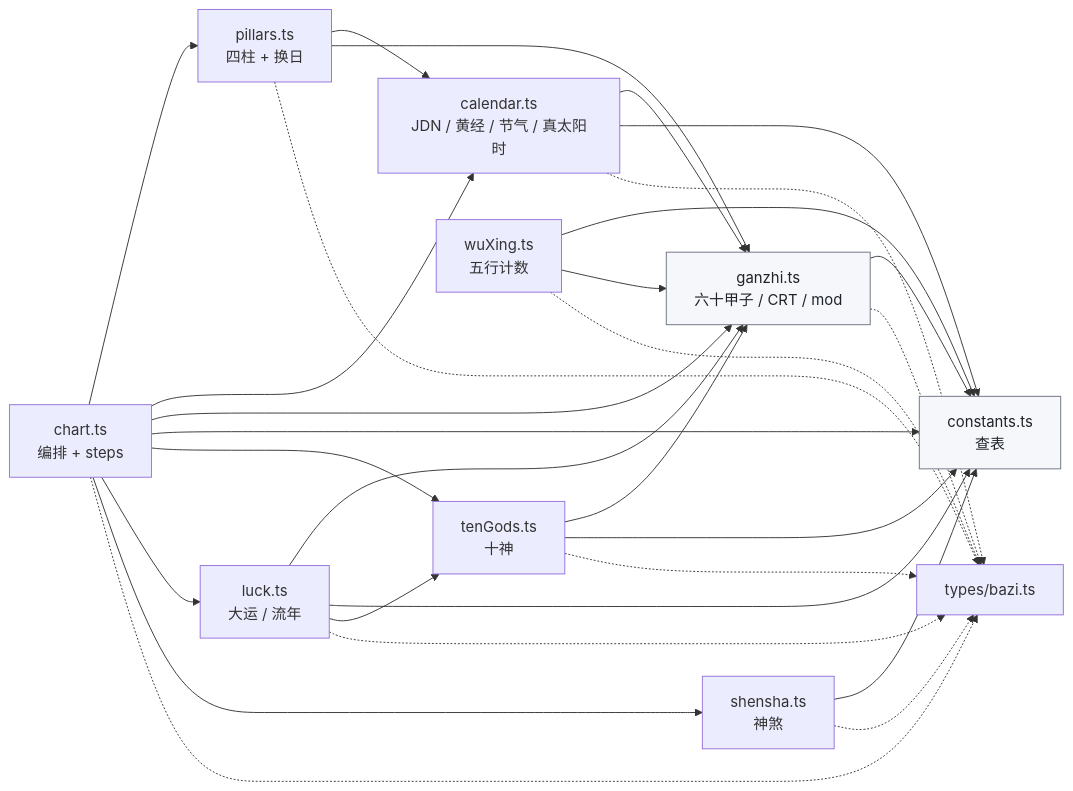
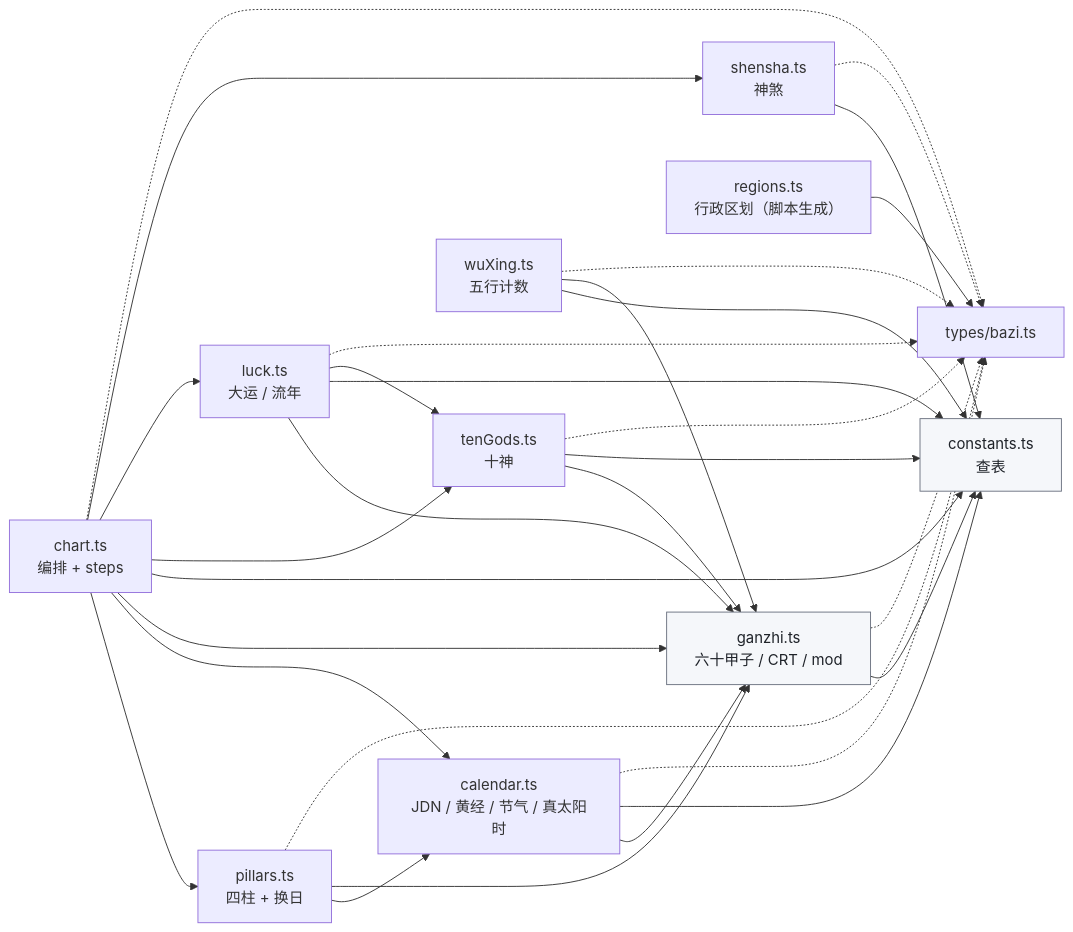
The second of 9 diagrams in doc/bazi-call-graph.md (yunzheyue-star/BaZi), drawn with Mermaid before and after one commit. The commit also changed other lines of this file and 18 other files, not shown here.

````diff
--- a/doc/bazi-call-graph.md
+++ b/doc/bazi-call-graph.md
@@ -124,46 +135,48 @@
 ```mermaid
 flowchart LR
     chart["chart.ts<br/>编排 + steps"]
     pillars["pillars.ts<br/>四柱 + 换日"]
     calendar["calendar.ts<br/>JDN / 黄经 / 节气 / 真太阳时"]
     ganzhi["ganzhi.ts<br/>六十甲子 / CRT / mod"]
     constants["constants.ts<br/>查表"]
     tenGods["tenGods.ts<br/>十神"]
     luck["luck.ts<br/>大运 / 流年"]
     shensha["shensha.ts<br/>神煞"]
     wuXing["wuXing.ts<br/>五行计数"]
+    regions["regions.ts<br/>行政区划（脚本生成）"]
     types["types/bazi.ts"]
 
     chart --> pillars
     chart --> calendar
     chart --> ganzhi
     chart --> constants
     chart --> tenGods
     chart --> luck
     chart --> shensha
     wuXing --> constants
     wuXing --> ganzhi
+    regions --> types
     pillars --> calendar
     pillars --> ganzhi
     tenGods --> ganzhi
     tenGods --> constants
     luck --> ganzhi
     luck --> constants
     luck --> tenGods
     shensha --> constants
     ganzhi --> constants
     calendar --> ganzhi
     calendar --> constants
 
     chart -.-> types
     ganzhi -.-> types
     calendar -.-> types
     pillars -.-> types
     tenGods -.-> types
     luck -.-> types
     shensha -.-> types
     wuXing -.-> types
 
     classDef leaf fill:#f5f7fa,stroke:#6b7280,color:#1f2329
     class constants,ganzhi leaf
 ```
````
